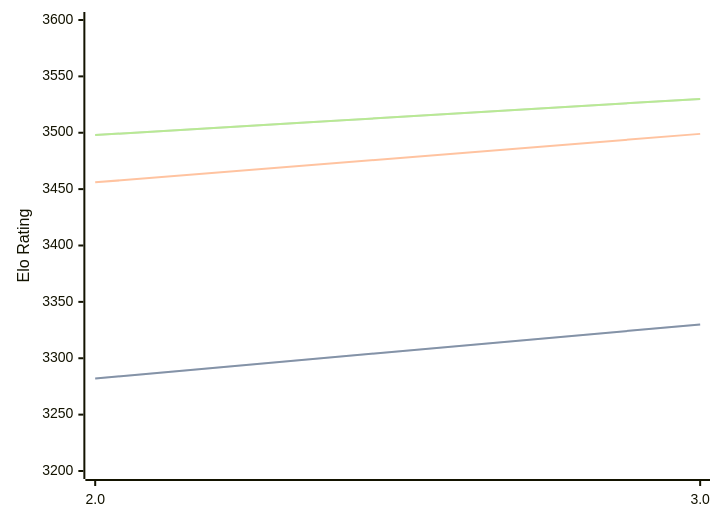
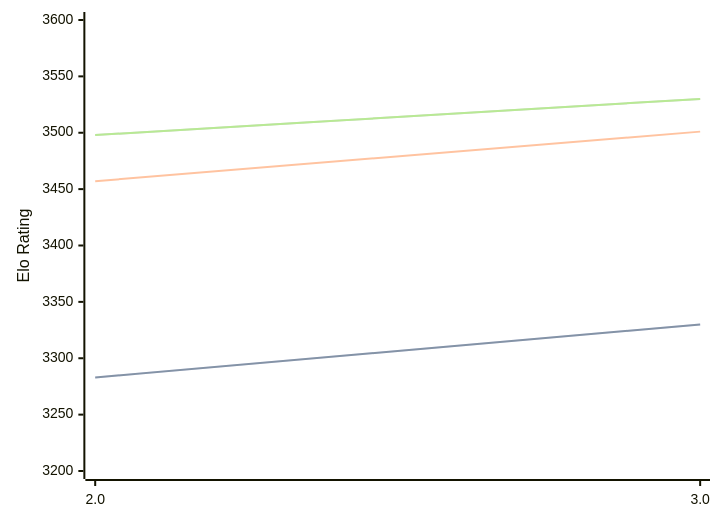
The first of 3 diagrams in engines/Quanticade.md (computer-chess-index/cci), drawn with Mermaid before and after one commit. The commit also changed other lines of this file, not shown here.

````diff
--- a/engines/Quanticade.md
+++ b/engines/Quanticade.md
@@ -41,11 +41,11 @@
 ```mermaid
 %%{init: {"theme":"base","themeVariables":{"seriesColors:['#a3a3a3','#222221','#faa371']}}}%%
 xychart-beta
   x-axis ["2.0", "3.0"]
   y-axis "Elo Rating" 3200 --> 3600
-  line "STC (8.0+0.08s)" [3282, 3330]
-  line "STC (8.0+0.08s)" [3282, 3330]
-  line "LTC (60.0+0.60s)" [3456, 3499]
+  line "STC (8.0+0.08s)" [3283, 3330]
+  line "STC (8.0+0.08s)" [3283, 3330]
+  line "LTC (60.0+0.60s)" [3457, 3501]
   line "VLTC (2m24s+1.12s)" [3498, 3530]
   line "VLTC (2m24s+1.12s)" [3498, 3530]
 ```
````
